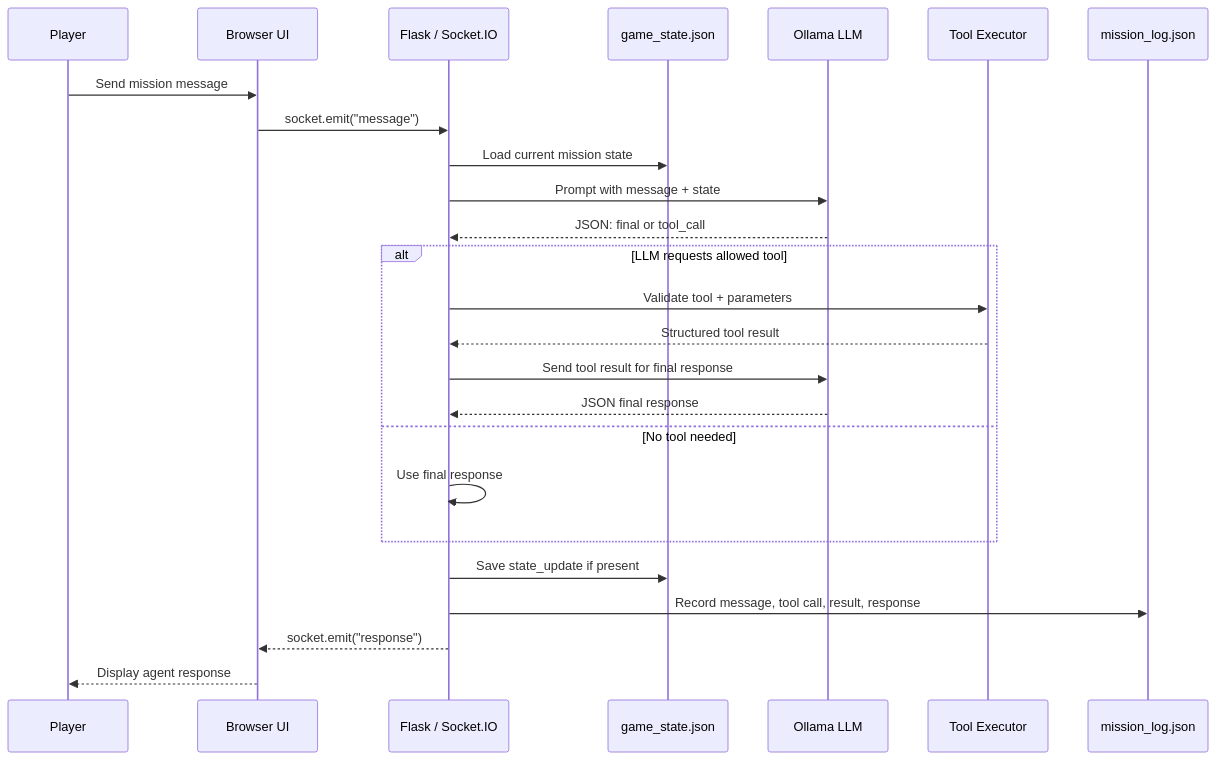
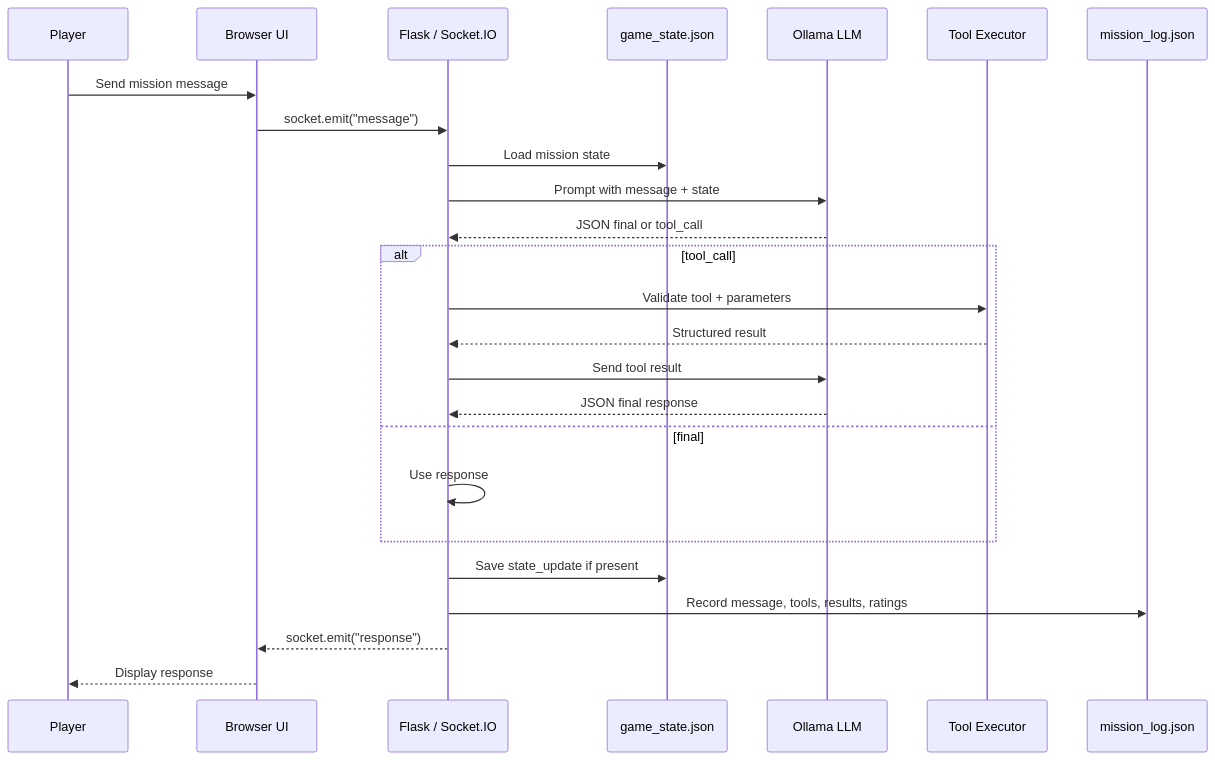
Before and after one commit to 8088cruz/secret-agent-deep-atlas: the second of 2 diagrams in README.md, drawn with Mermaid. The commit also changed other lines of this file, not shown here.

Commit message:
docs: added Mermaid architecture diagram

````diff
--- a/README.md
+++ b/README.md
@@ -115,30 +118,30 @@
 ```mermaid
 sequenceDiagram
     participant Player
     participant UI as Browser UI
     participant Flask as Flask / Socket.IO
     participant State as game_state.json
     participant LLM as Ollama LLM
     participant Tools as Tool Executor
     participant Log as mission_log.json
 
     Player->>UI: Send mission message
     UI->>Flask: socket.emit("message")
-    Flask->>State: Load current mission state
+    Flask->>State: Load mission state
     Flask->>LLM: Prompt with message + state
-    LLM-->>Flask: JSON: final or tool_call
+    LLM-->>Flask: JSON final or tool_call
 
-    alt LLM requests allowed tool
+    alt tool_call
         Flask->>Tools: Validate tool + parameters
-        Tools-->>Flask: Structured tool result
-        Flask->>LLM: Send tool result for final response
+        Tools-->>Flask: Structured result
+        Flask->>LLM: Send tool result
         LLM-->>Flask: JSON final response
-    else No tool needed
-        Flask->>Flask: Use final response
+    else final
+        Flask->>Flask: Use response
     end
 
     Flask->>State: Save state_update if present
-    Flask->>Log: Record message, tool call, result, response
+    Flask->>Log: Record message, tools, results, ratings
     Flask-->>UI: socket.emit("response")
-    UI-->>Player: Display agent response
+    UI-->>Player: Display response
 ```
````
